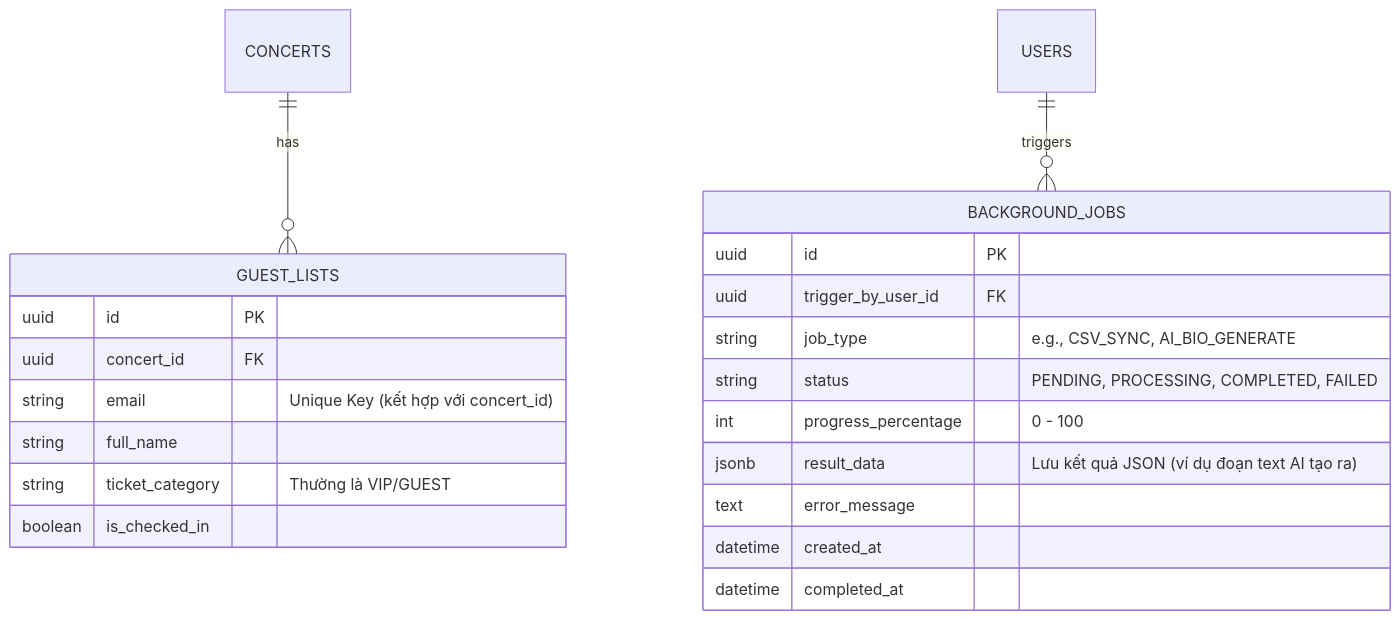
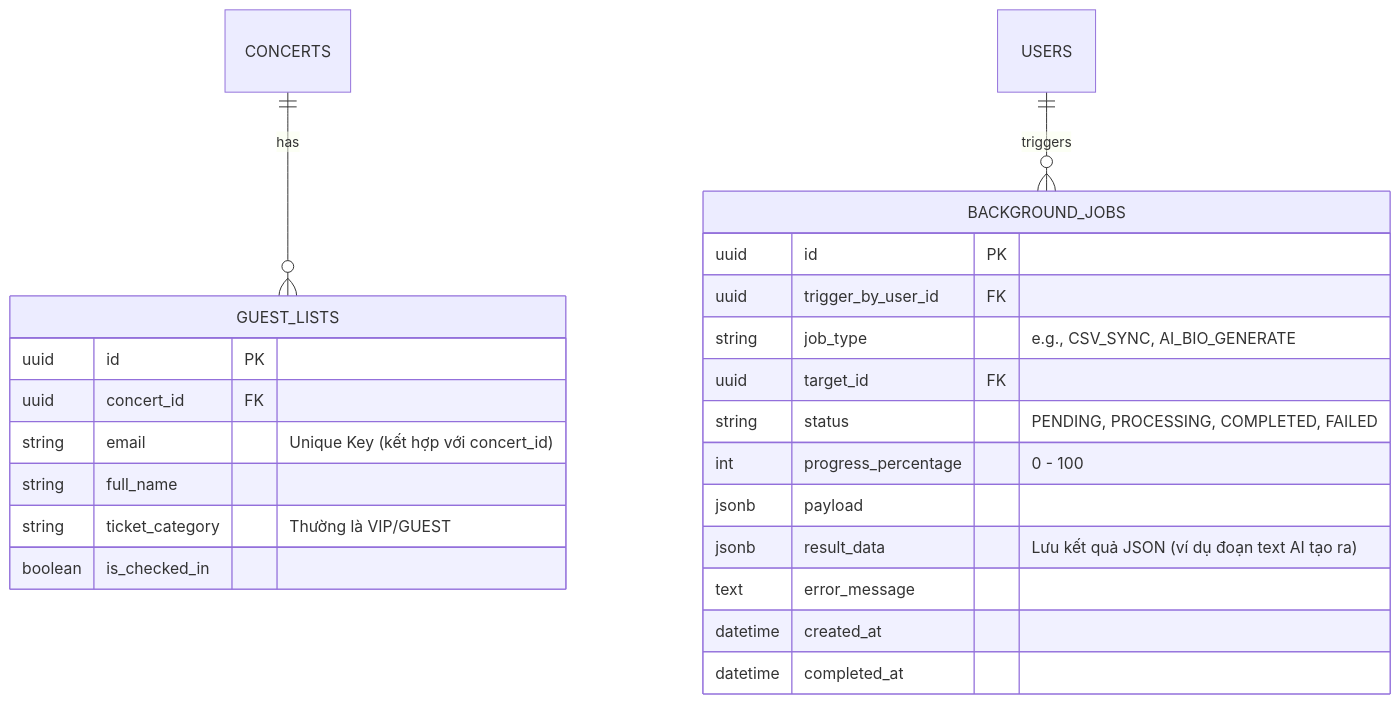
Before and after one commit to TuanDakLak/Ticket_Box: the first of 2 diagrams in docs/research/details/csv.md, drawn with Mermaid. The commit also changed 4 other files, not shown here.

First line of the commit message:
feat(docs): Enhance documentation and database schema for ticketing system

````diff
--- a/docs/research/details/csv.md
+++ b/docs/research/details/csv.md
@@ -77,27 +77,29 @@
 ```mermaid
 erDiagram
     CONCERTS ||--o{ GUEST_LISTS : has
     USERS ||--o{ BACKGROUND_JOBS : triggers
 
     GUEST_LISTS {
         uuid id PK
         uuid concert_id FK
         string email "Unique Key (kết hợp với concert_id)"
         string full_name
         string ticket_category "Thường là VIP/GUEST"
         boolean is_checked_in
     }
 
     BACKGROUND_JOBS {
         uuid id PK
         uuid trigger_by_user_id FK
         string job_type "e.g., CSV_SYNC, AI_BIO_GENERATE"
+        uuid target_id FK
         string status "PENDING, PROCESSING, COMPLETED, FAILED"
         int progress_percentage "0 - 100"
+        jsonb payload
         jsonb result_data "Lưu kết quả JSON (ví dụ đoạn text AI tạo ra)"
         text error_message
         datetime created_at
         datetime completed_at
     }
 
 ```
````
